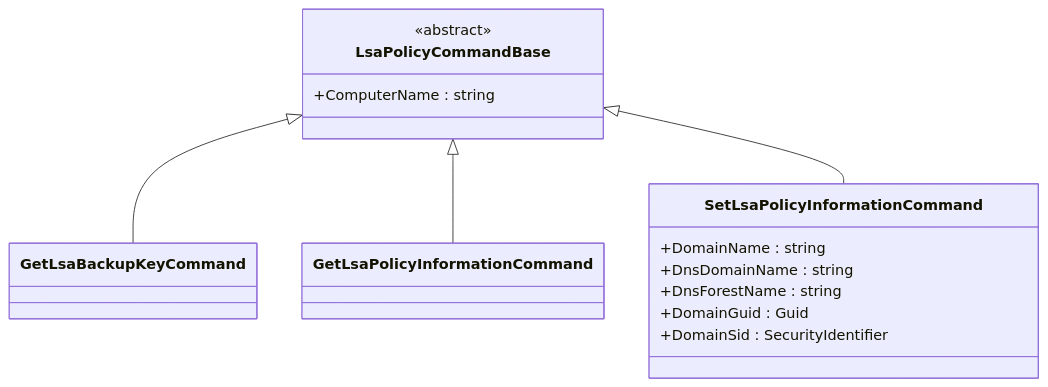
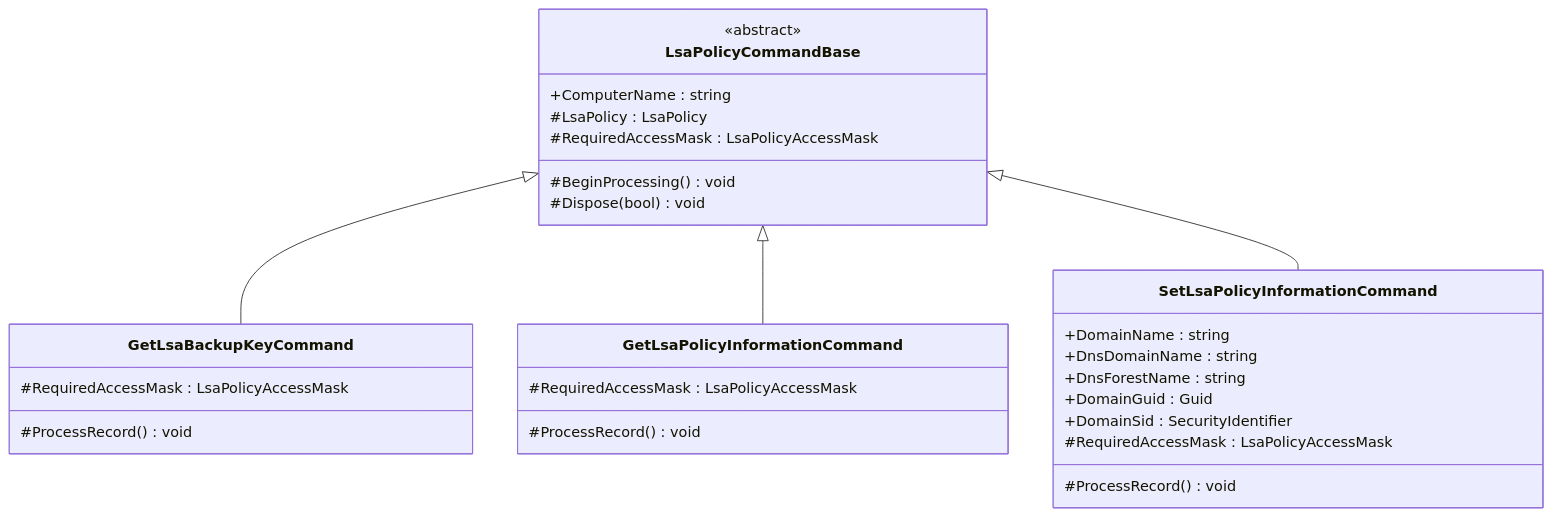
One commit to MichaelGrafnetter/DSInternals changed the sixth of 10 diagrams in Src/DSInternals.PowerShell/Commands/README.md. Above: the diagram before and after it, drawn with Mermaid. The commit also changed other lines of this file and 286 other files, not shown here.

````diff
--- a/Src/DSInternals.PowerShell/Commands/README.md
+++ b/Src/DSInternals.PowerShell/Commands/README.md
@@ -297,20 +502,32 @@
 ```mermaid
 classDiagram
     direction TB
     class LsaPolicyCommandBase {
         <<abstract>>
         +ComputerName : string
+        #LsaPolicy : LsaPolicy
+        #RequiredAccessMask : LsaPolicyAccessMask
+        #BeginProcessing() void
+        #Dispose(bool) void
     }
-    class GetLsaBackupKeyCommand
-    class GetLsaPolicyInformationCommand
+    class GetLsaBackupKeyCommand {
+        #RequiredAccessMask : LsaPolicyAccessMask
+        #ProcessRecord() void
+    }
+    class GetLsaPolicyInformationCommand {
+        #RequiredAccessMask : LsaPolicyAccessMask
+        #ProcessRecord() void
+    }
     class SetLsaPolicyInformationCommand {
         +DomainName : string
         +DnsDomainName : string
         +DnsForestName : string
         +DomainGuid : Guid
         +DomainSid : SecurityIdentifier
+        #RequiredAccessMask : LsaPolicyAccessMask
+        #ProcessRecord() void
     }
     LsaPolicyCommandBase <|-- GetLsaBackupKeyCommand
     LsaPolicyCommandBase <|-- GetLsaPolicyInformationCommand
     LsaPolicyCommandBase <|-- SetLsaPolicyInformationCommand
 ```
````
